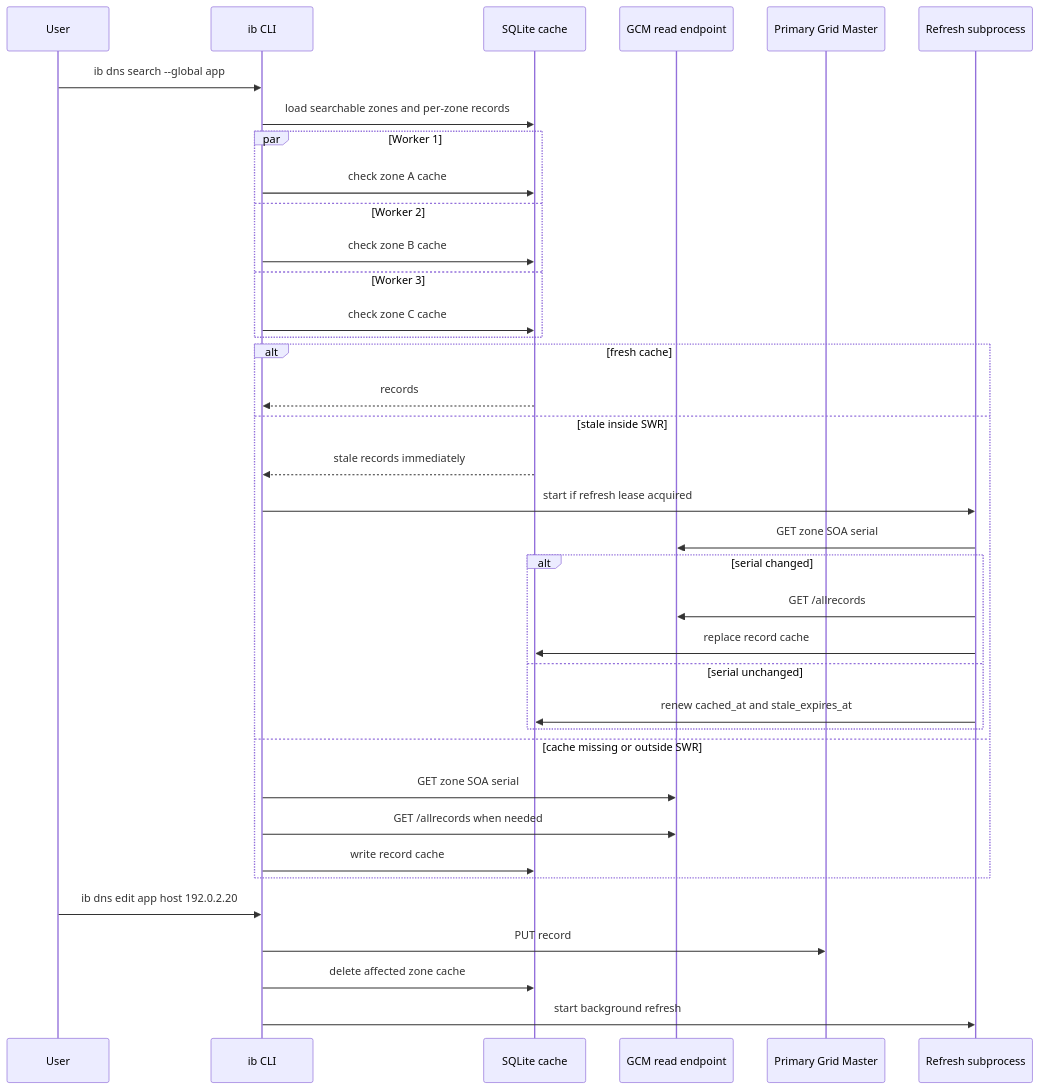
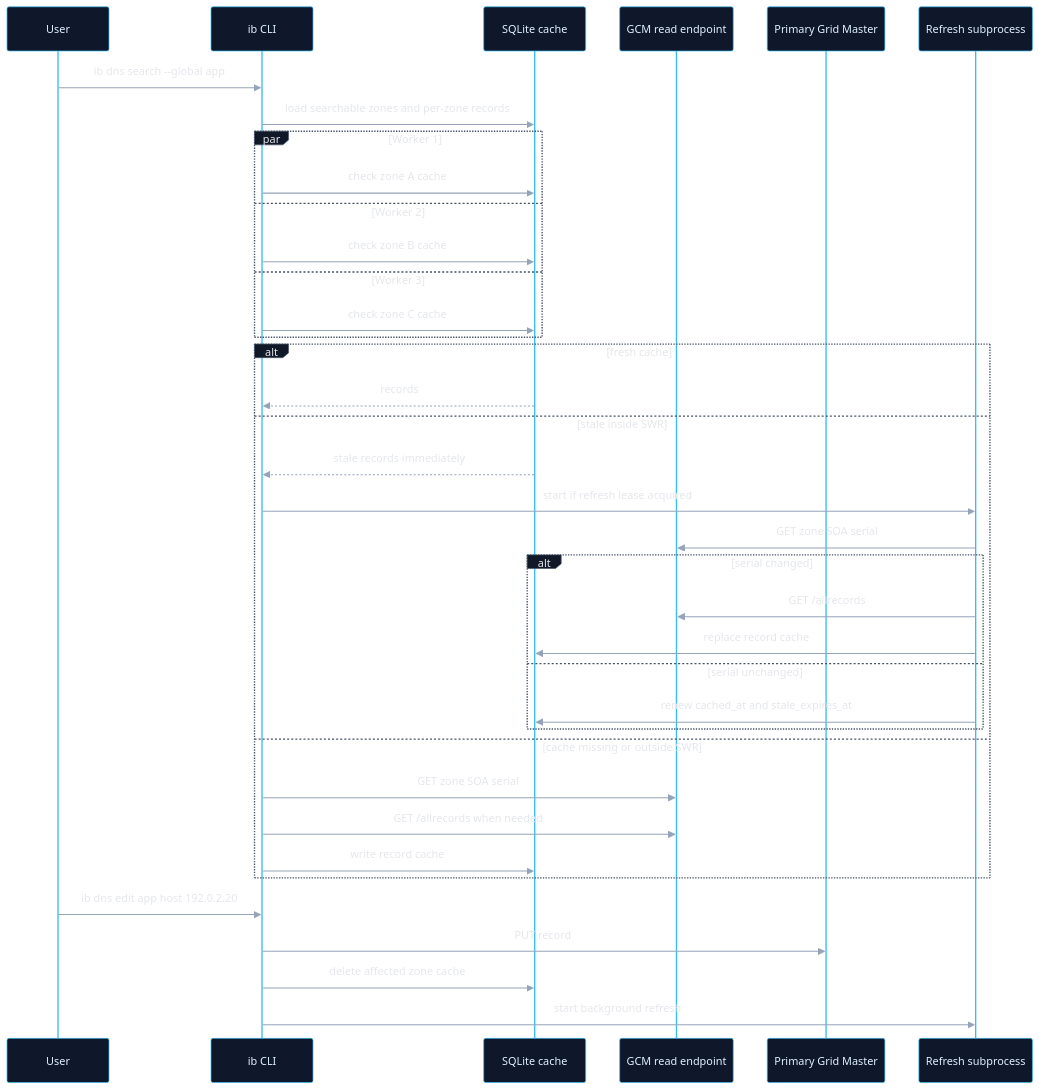
The second of 3 diagrams in docs/performance-caching.md (rwahyudi/gib), drawn with Mermaid before and after one commit. The commit also changed other lines of this file and 2 other files, not shown here.

Commit message:
Darken performance caching diagrams

````diff
--- a/docs/performance-caching.md
+++ b/docs/performance-caching.md
@@ -61,41 +73,42 @@
 ```mermaid
+%%{init: {"theme": "base", "themeVariables": {"background": "#020617", "actorBkg": "#0f172a", "actorBorder": "#38bdf8", "actorTextColor": "#e0f2fe", "activationBkgColor": "#172554", "activationBorderColor": "#818cf8", "signalColor": "#94a3b8", "signalTextColor": "#e5e7eb", "labelBoxBkgColor": "#111827", "labelBoxBorderColor": "#475569", "labelTextColor": "#e5e7eb", "loopTextColor": "#e5e7eb", "noteBkgColor": "#1f2937", "noteBorderColor": "#22c55e", "noteTextColor": "#dcfce7", "fontFamily": "ui-sans-serif, system-ui, -apple-system, Segoe UI, sans-serif"}}}%%
 sequenceDiagram
     participant User
     participant CLI as ib CLI
     participant Cache as SQLite cache
     participant Read as GCM read endpoint
     participant Primary as Primary Grid Master
     participant Refresh as Refresh subprocess
 
     User->>CLI: ib dns search --global app
     CLI->>Cache: load searchable zones and per-zone records
     par Worker 1
         CLI->>Cache: check zone A cache
     and Worker 2
         CLI->>Cache: check zone B cache
     and Worker 3
         CLI->>Cache: check zone C cache
     end
     alt fresh cache
         Cache-->>CLI: records
     else stale inside SWR
         Cache-->>CLI: stale records immediately
         CLI->>Refresh: start if refresh lease acquired
         Refresh->>Read: GET zone SOA serial
         alt serial changed
             Refresh->>Read: GET /allrecords
             Refresh->>Cache: replace record cache
         else serial unchanged
             Refresh->>Cache: renew cached_at and stale_expires_at
         end
     else cache missing or outside SWR
         CLI->>Read: GET zone SOA serial
         CLI->>Read: GET /allrecords when needed
         CLI->>Cache: write record cache
     end
 
     User->>CLI: ib dns edit app host 192.0.2.20
     CLI->>Primary: PUT record
     CLI->>Cache: delete affected zone cache
     CLI->>Refresh: start background refresh
 ```
````
